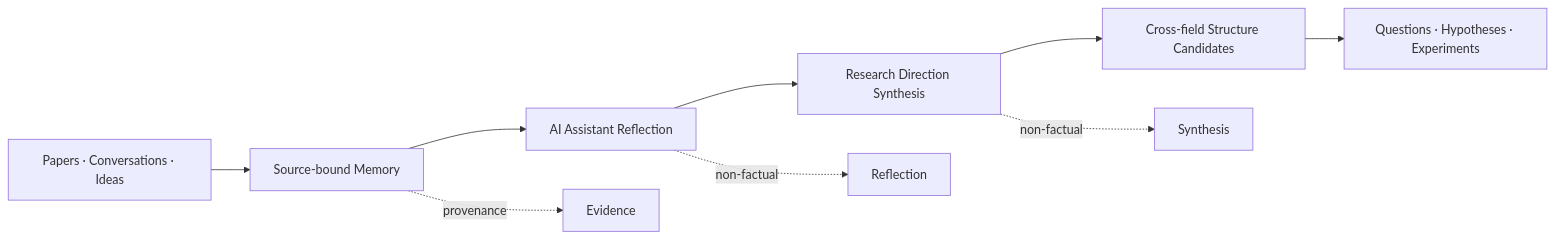
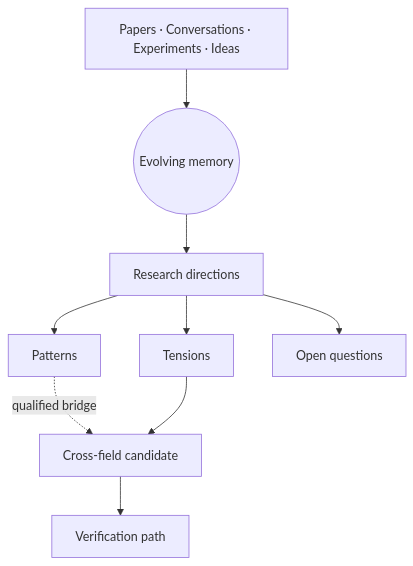
Before and after one commit to bhneo/global_memory: the first of 2 diagrams in README.md, drawn with Mermaid. The commit also changed other lines of this file and 103 other files, not shown here.

````diff
--- a/README.md
+++ b/README.md
@@ -167,12 +59,11 @@
 ```mermaid
-flowchart LR
-    A[Papers · Conversations · Ideas] --> B[Source-bound Memory]
-    B --> C[AI Assistant Reflection]
-    C --> D[Research Direction Synthesis]
-    D --> E[Cross-field Structure Candidates]
-    E --> F[Questions · Hypotheses · Experiments]
-
-    B -. provenance .-> G[Evidence]
-    C -. non-factual .-> H[Reflection]
-    D -. non-factual .-> I[Synthesis]
+flowchart TD
+    F["Papers · Conversations · Experiments · Ideas"] --> M(("Evolving memory"))
+    M --> D["Research directions"]
+    D --> P1["Patterns"]
+    D --> T["Tensions"]
+    D --> Q["Open questions"]
+    P1 -. "qualified bridge" .-> X["Cross-field candidate"]
+    T --> X
+    X --> V["Verification path"]
 ```
````
